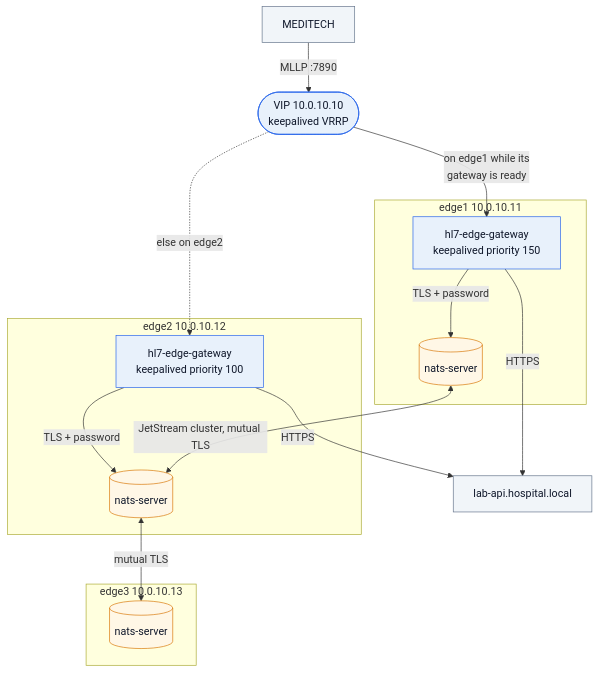
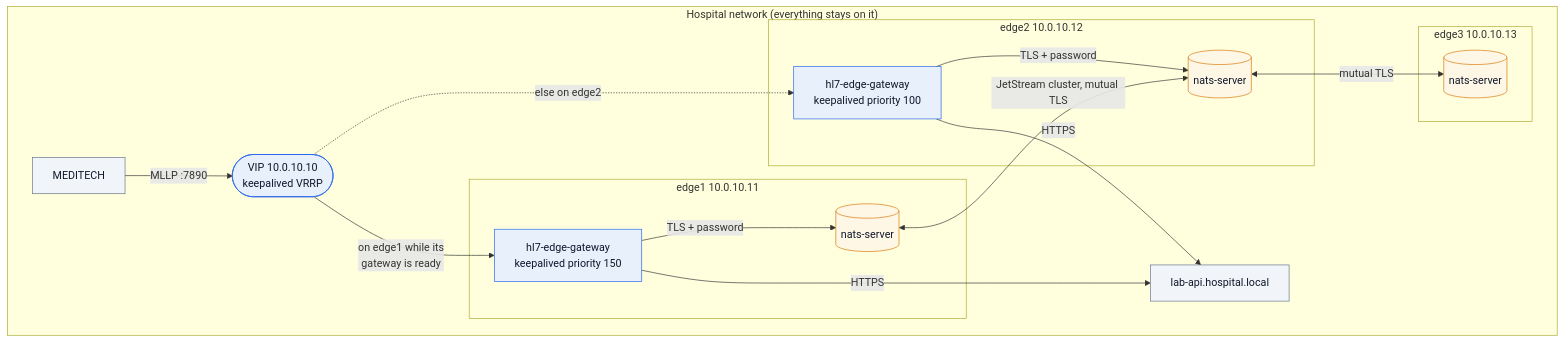
One commit to lambogenius/hl7-edge-gateway-examples changed the diagram in 06-on-premises/diagrams/architecture.mmd. Above: the diagram before and after it, drawn with Mermaid. The commit also changed 23 other files, not shown here.

Commit message:
Architecture diagrams: on-prem parts inside the hospital network, cloud load balancers inside the cloud network

```diff
--- a/06-on-premises/diagrams/architecture.mmd
+++ b/06-on-premises/diagrams/architecture.mmd
@@ -1,27 +1,29 @@
 flowchart TB
-  M["MEDITECH"]:::ext -- "MLLP :7890" --> VIP(["VIP 10.0.10.10<br/>keepalived VRRP"]):::gw
-  subgraph E1["edge1 10.0.10.11"]
-    G1["hl7-edge-gateway<br/>keepalived priority 150"]:::gw
-    N1[("nats-server")]:::store
+  subgraph H["Hospital network (everything stays on it)"]
+    M["MEDITECH"]:::ext -- "MLLP :7890" --> VIP(["VIP 10.0.10.10<br/>keepalived VRRP"]):::gw
+    subgraph E1["edge1 10.0.10.11"]
+      G1["hl7-edge-gateway<br/>keepalived priority 150"]:::gw
+      N1[("nats-server")]:::store
+    end
+    subgraph E2["edge2 10.0.10.12"]
+      G2["hl7-edge-gateway<br/>keepalived priority 100"]:::gw
+      N2[("nats-server")]:::store
+    end
+    subgraph E3["edge3 10.0.10.13"]
+      N3[("nats-server")]:::store
+    end
+    VIP -- "on edge1 while its<br/>gateway is ready" --> G1
+    VIP -. "else on edge2" .-> G2
+    G1 -- "TLS + password" --> N1
+    G2 -- "TLS + password" --> N2
+    N1 <-- "JetStream cluster, mutual TLS" --> N2
+    N2 <-- "mutual TLS" --> N3
+    G1 -- "HTTPS" --> API["lab-api.hospital.local"]:::ext
+    G2 -- "HTTPS" --> API
   end
-  subgraph E2["edge2 10.0.10.12"]
-    G2["hl7-edge-gateway<br/>keepalived priority 100"]:::gw
-    N2[("nats-server")]:::store
-  end
-  subgraph E3["edge3 10.0.10.13"]
-    N3[("nats-server")]:::store
-  end
-  VIP -- "on edge1 while its<br/>gateway is ready" --> G1
-  VIP -. "else on edge2" .-> G2
-  G1 -- "TLS + password" --> N1
-  G2 -- "TLS + password" --> N2
-  N1 <-- "JetStream cluster, mutual TLS" --> N2
-  N2 <-- "mutual TLS" --> N3
-  G1 -- "HTTPS" --> API["lab-api.hospital.local"]:::ext
-  G2 -- "HTTPS" --> API
 
   classDef gw fill:#e8f1fb,stroke:#2563eb,color:#0f172a
   classDef store fill:#fff7e6,stroke:#d97706,color:#0f172a
   classDef ext fill:#f1f5f9,stroke:#64748b,color:#0f172a
   classDef bad fill:#fdecec,stroke:#dc2626,color:#0f172a
   classDef ok fill:#ecfdf3,stroke:#16a34a,color:#0f172a
```
